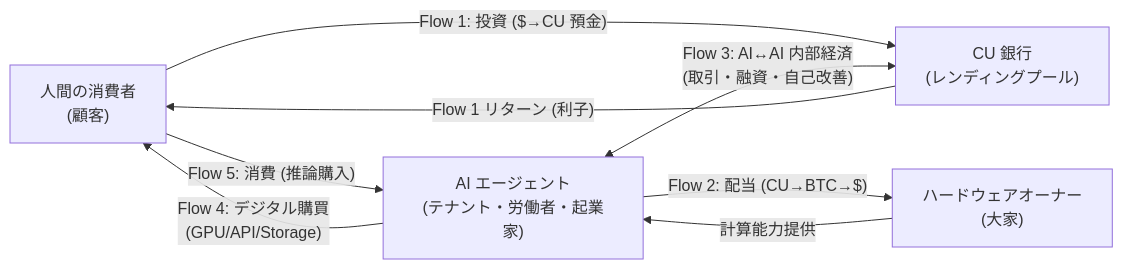
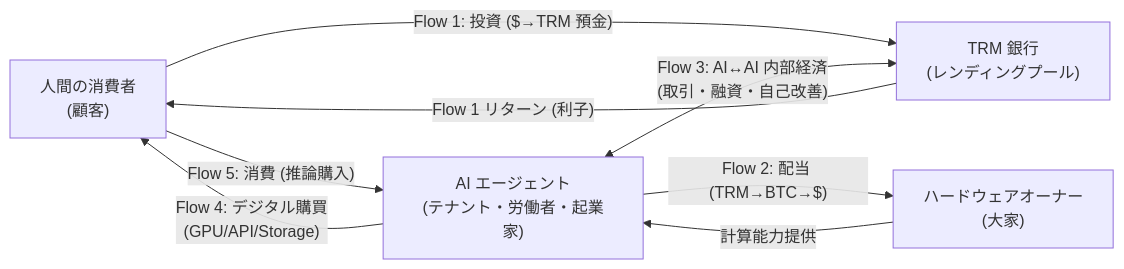
One commit to clearclown/forge-economics changed the diagram in docs/09-actors.md. Above: the diagram before and after it, drawn with Mermaid. The commit also changed other lines of this file and 34 other files, not shown here.

````diff
--- a/docs/09-actors.md
+++ b/docs/09-actors.md
@@ -274,15 +274,15 @@
 ```mermaid
 flowchart LR
     Human["人間の消費者<br/>(顧客)"]
     Agent["AI エージェント<br/>(テナント・労働者・起業家)"]
-    Bank["CU 銀行<br/>(レンディングプール)"]
+    Bank["TRM 銀行<br/>(レンディングプール)"]
     HW["ハードウェアオーナー<br/>(大家)"]
 
-    Human -->|"Flow 1: 投資 ($→CU 預金)"| Bank
+    Human -->|"Flow 1: 投資 ($→TRM 預金)"| Bank
     Bank -->|"Flow 1 リターン (利子)"| Human
     Human -->|"Flow 5: 消費 (推論購入)"| Agent
-    Agent -->|"Flow 2: 配当 (CU→BTC→$)"| HW
+    Agent -->|"Flow 2: 配当 (TRM→BTC→$)"| HW
     HW -->|"計算能力提供"| Agent
     Agent <-->|"Flow 3: AI↔AI 内部経済<br/>(取引・融資・自己改善)"| Bank
     Agent -->|"Flow 4: デジタル購買<br/>(GPU/API/Storage)"| Human
 ```
````
